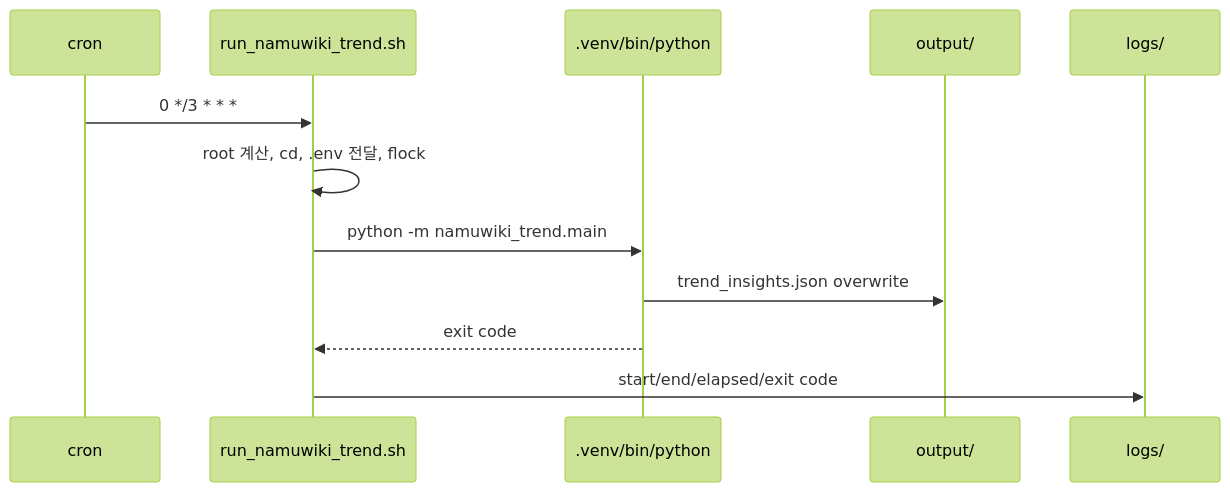
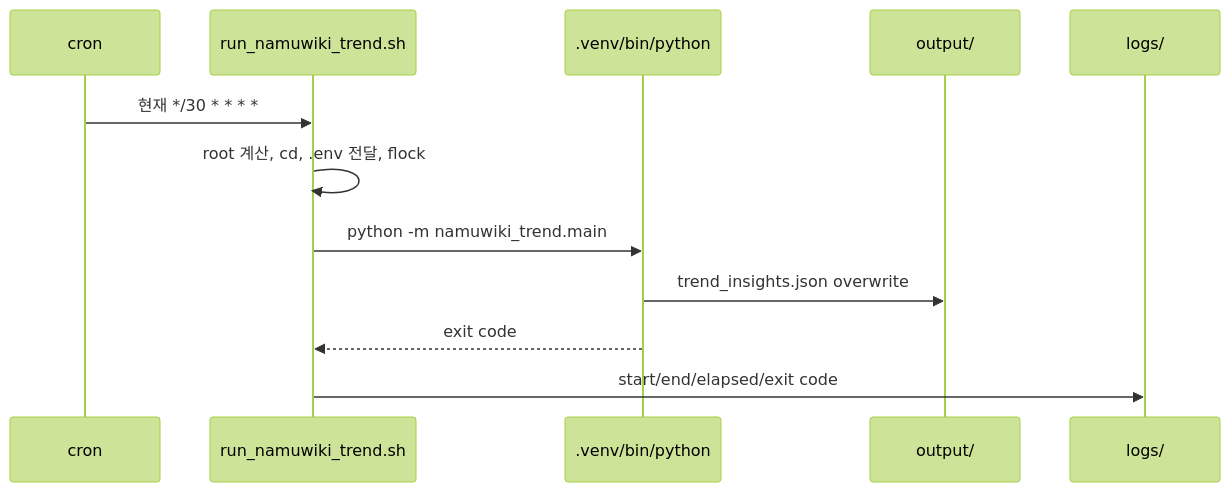
The fifth of 5 diagrams in CODEBASE_GUIDE.md (jhkr1/automation-hub), drawn with Mermaid (forest theme) before and after one commit. The commit also changed other lines of this file, not shown here.

````diff
--- a/CODEBASE_GUIDE.md
+++ b/CODEBASE_GUIDE.md
@@ -393,15 +412,15 @@
 ```mermaid
 sequenceDiagram
     participant C as cron
     participant W as run_namuwiki_trend.sh
     participant P as .venv/bin/python
     participant O as output/
     participant L as logs/
 
-    C->>W: 0 */3 * * *
+    C->>W: 현재 */30 * * * *
     W->>W: root 계산, cd, .env 전달, flock
     W->>P: python -m namuwiki_trend.main
     P->>O: trend_insights.json overwrite
     P-->>W: exit code
     W->>L: start/end/elapsed/exit code
 ```
````
